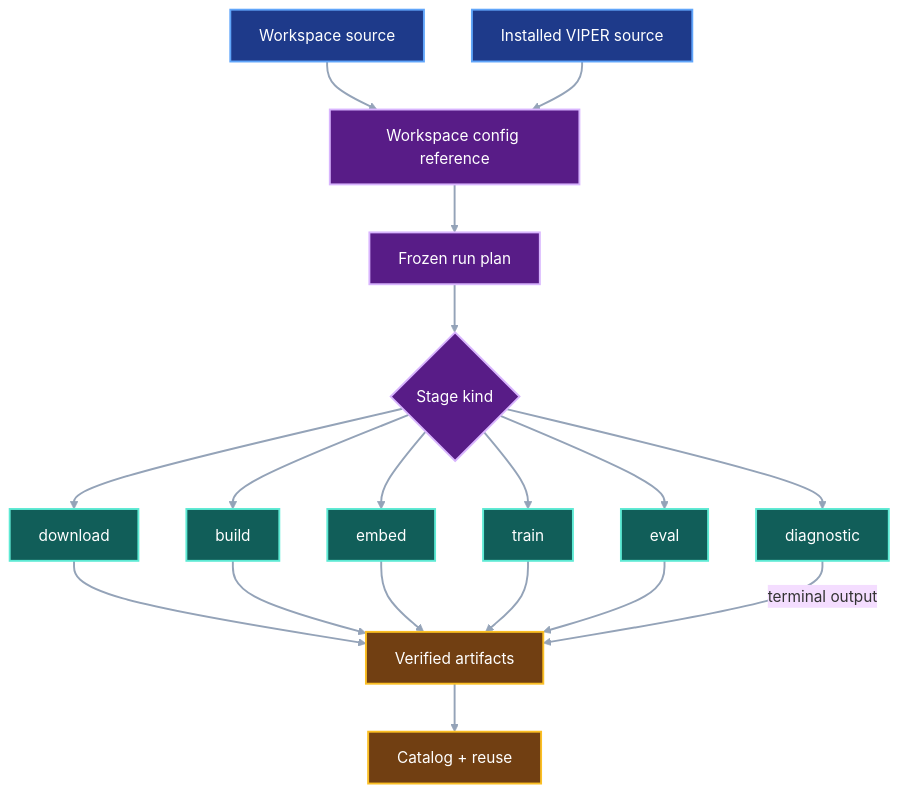
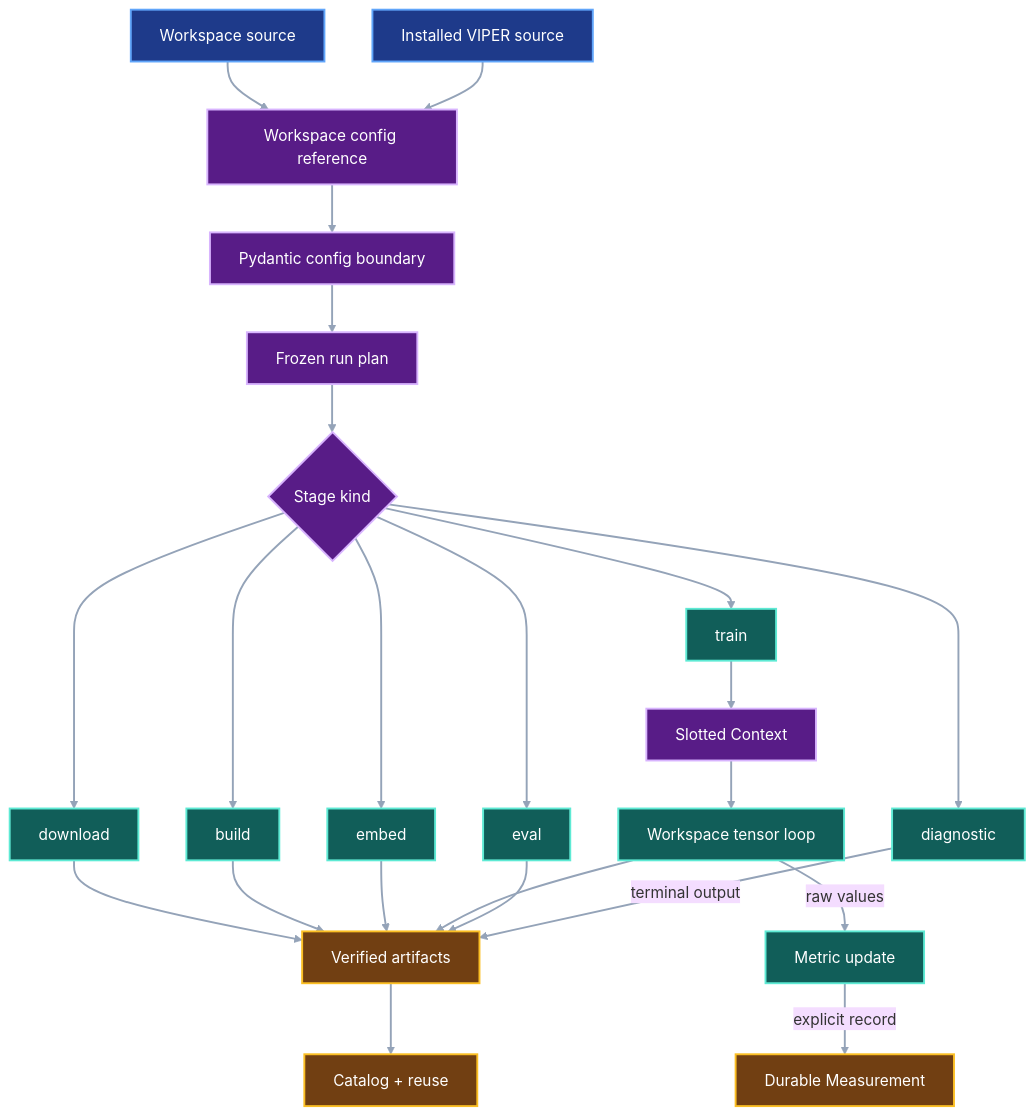
The third of 3 diagrams in docs/development/v0.1.0a3-public-authoring-contract.md (pvd232/viper), drawn with Mermaid (base theme) before and after one commit. The commit also changed other lines of this file and 1 other file, not shown here.

Commit message:
Add runtime validation boundary to authoring contract

````diff
--- a/docs/development/v0.1.0a3-public-authoring-contract.md
+++ b/docs/development/v0.1.0a3-public-authoring-contract.md
@@ -130,30 +172,35 @@
 ```mermaid
 flowchart TD
     Workspace["Workspace source"] --> Ref["Workspace config reference"]
     Package["Installed VIPER source"] --> Ref
-    Ref --> Plan["Frozen run plan"]
+    Ref --> Validate["Pydantic config boundary"]
+    Validate --> Plan["Frozen run plan"]
     Plan --> Kinds{"Stage kind"}
     Kinds --> Download["download"]
     Kinds --> Build["build"]
     Kinds --> Embed["embed"]
     Kinds --> Train["train"]
     Kinds --> Eval["eval"]
     Kinds --> Diagnostic["diagnostic"]
     Download --> Artifacts["Verified artifacts"]
     Build --> Artifacts
     Embed --> Artifacts
-    Train --> Artifacts
+    Train --> Context["Slotted Context"]
+    Context --> Loop["Workspace tensor loop"]
+    Loop --> Artifacts
+    Loop -->|"raw values"| Update["Metric update"]
+    Update -->|"explicit record"| Measurement["Durable Measurement"]
     Eval --> Artifacts
     Diagnostic -->|"terminal output"| Artifacts
     Artifacts --> Catalog["Catalog + reuse"]
 
     class Workspace,Package current
-    class Ref,Plan,Kinds proposed
-    class Download,Build,Embed,Train,Eval,Diagnostic implementation
-    class Artifacts,Catalog evidence
+    class Ref,Validate,Plan,Kinds,Context proposed
+    class Download,Build,Embed,Train,Eval,Diagnostic,Loop,Update implementation
+    class Artifacts,Measurement,Catalog evidence
     classDef current fill:#1e3a8a,stroke:#60a5fa,color:#ffffff,stroke-width:2px
     classDef proposed fill:#581c87,stroke:#d8b4fe,color:#ffffff,stroke-width:2px
     classDef implementation fill:#115e59,stroke:#5eead4,color:#ffffff,stroke-width:2px
     classDef evidence fill:#713f12,stroke:#fbbf24,color:#ffffff,stroke-width:2px
     linkStyle default stroke:#94a3b8,stroke-width:2px
 ```
````
